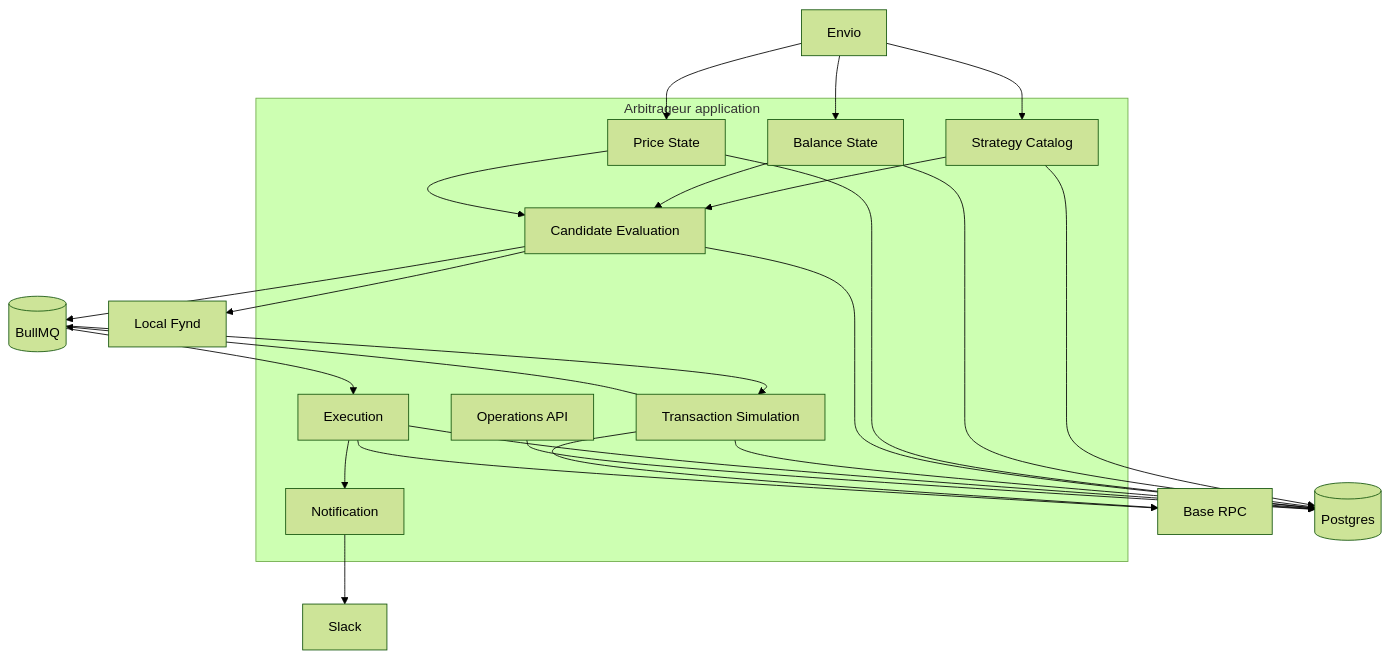
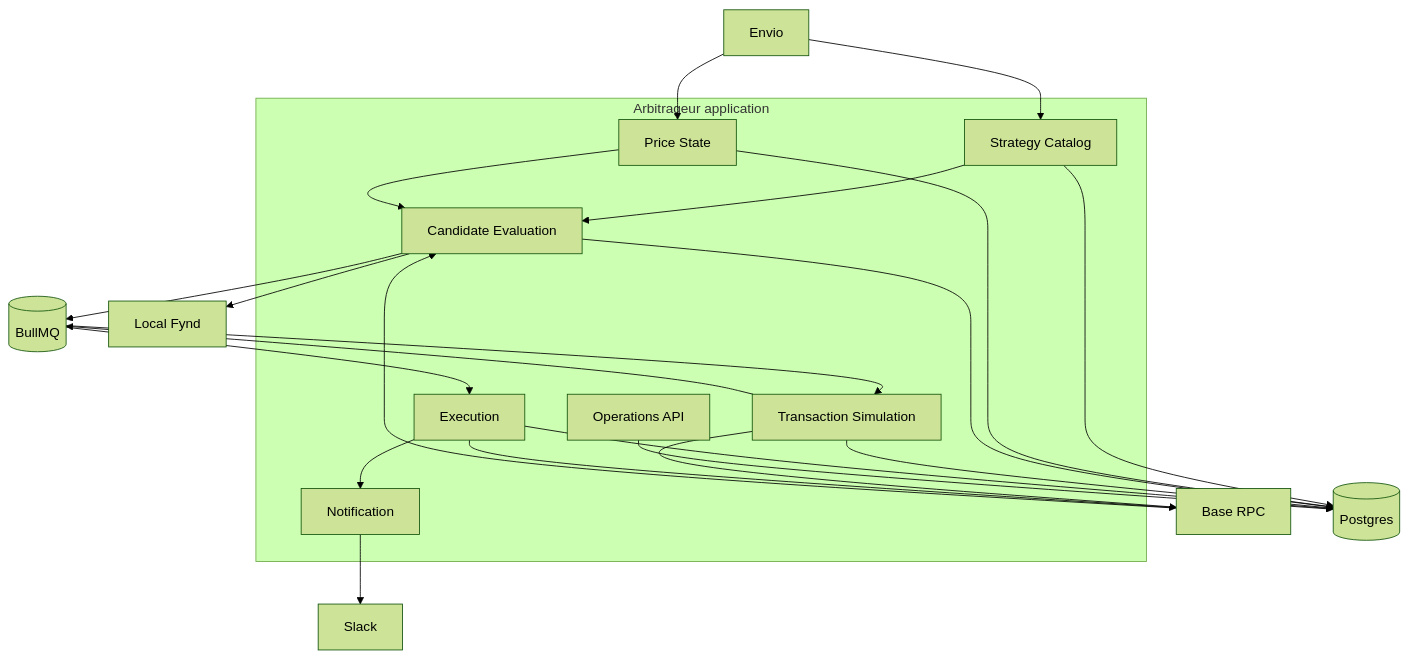
One commit to bleu/aqua-portfolio-manager changed the second of 4 diagrams in docs/adr/0014-production-arbitrageur-design.md. Above: the diagram before and after it, drawn with Mermaid (forest theme). The commit also changed other lines of this file and 19 other files, not shown here.

````diff
--- a/docs/adr/0014-production-arbitrageur-design.md
+++ b/docs/adr/0014-production-arbitrageur-design.md
@@ -53,36 +52,33 @@
 ```mermaid
 flowchart TB
     subgraph App[Arbitrageur application]
         catalog[Strategy Catalog]
-        balance[Balance State]
         price[Price State]
         evaluate[Candidate Evaluation]
         simulate[Transaction Simulation]
         execute[Execution]
         api[Operations API]
         notice[Notification]
     end
 
     envio[Envio] --> catalog
-    envio --> balance
     envio --> price
     catalog --> evaluate
-    balance --> evaluate
+    rpc[Base RPC] --> evaluate
     price --> evaluate
     evaluate --> fynd[Local Fynd]
     evaluate --> redis[(BullMQ)]
     redis --> simulate
-    simulate --> rpc[Base RPC]
+    simulate --> rpc
     simulate --> redis
     redis --> execute
     execute --> rpc
     execute --> notice
     notice --> slack[Slack]
     catalog --> postgres[(Postgres)]
-    balance --> postgres
     price --> postgres
     evaluate --> postgres
     simulate --> postgres
     execute --> postgres
     api --> postgres
 ```
````
